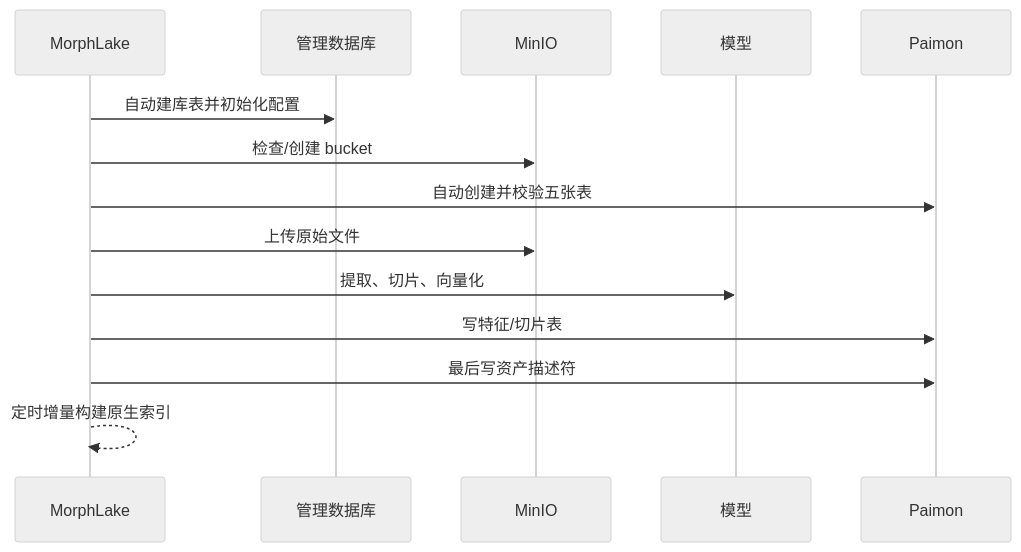
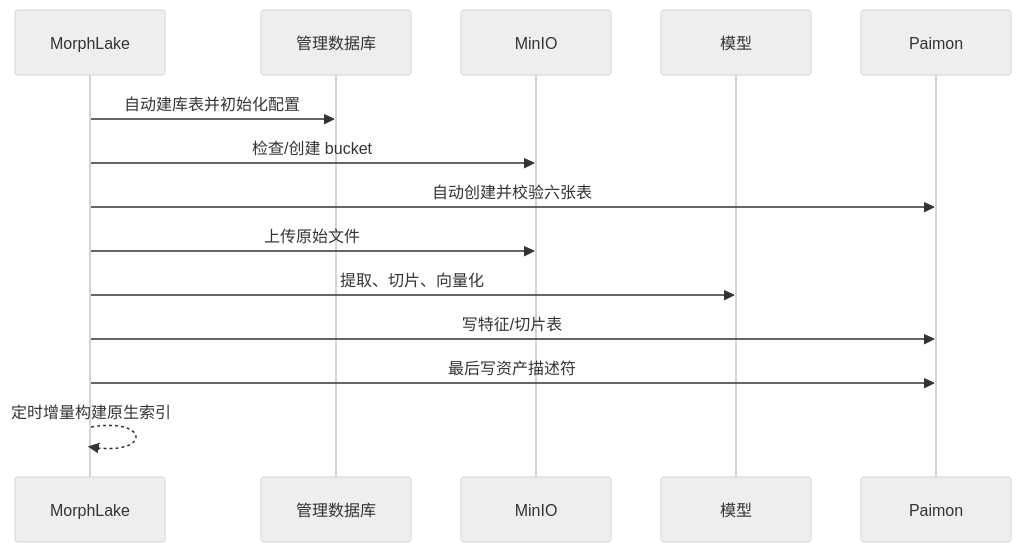
Before and after one commit to schoIarw/morphlake: the second of 2 diagrams in docs/architecture.md, drawn with Mermaid (neutral theme). The commit also changed other lines of this file and 24 other files, not shown here.

````diff
--- a/docs/architecture.md
+++ b/docs/architecture.md
@@ -33,16 +33,16 @@
 ```mermaid
 sequenceDiagram
     participant A as MorphLake
     participant D as 管理数据库
     participant M as MinIO
     participant G as 模型
     participant P as Paimon
     A->>D: 自动建库表并初始化配置
     A->>M: 检查/创建 bucket
-    A->>P: 自动创建并校验五张表
+    A->>P: 自动创建并校验六张表
     A->>M: 上传原始文件
     A->>G: 提取、切片、向量化
     A->>P: 写特征/切片表
     A->>P: 最后写资产描述符
     A-->>A: 定时增量构建原生索引
 ```
````
